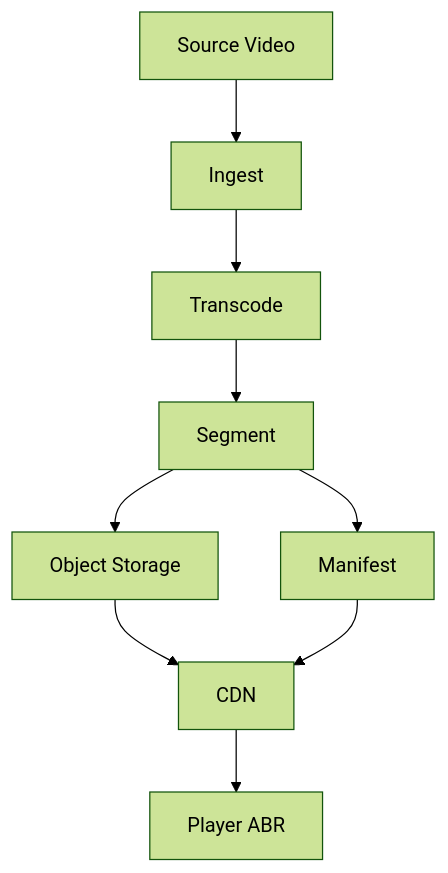
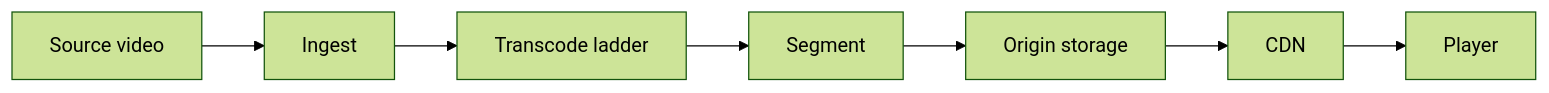
Before and after one commit to mthaiseer/springcloud-systemdesign-notes: the eighth of 16 diagrams in HLD_NOTES/002_TYPES_OF_INTERVIEWS/000_All_types_quick_reference.md, drawn with Mermaid (forest theme). The commit also changed other lines of this file and 1 other file, not shown here.

````diff
--- a/HLD_NOTES/002_TYPES_OF_INTERVIEWS/000_All_types_quick_reference.md
+++ b/HLD_NOTES/002_TYPES_OF_INTERVIEWS/000_All_types_quick_reference.md
@@ -568,11 +1013,16 @@
 ```mermaid
-flowchart TD
-  A[Source Video] --> B[Ingest]
-  B --> C[Transcode]
-  C --> D[Segment]
-  D --> E[Manifest]
-  D --> F[Object Storage]
-  F --> G[CDN]
-  E --> G
-  G --> H[Player ABR]
+flowchart LR
+  A[Source video]
+  B[Ingest]
+  C[Transcode ladder]
+  D[Segment]
+  E[Origin storage]
+  F[CDN]
+  G[Player]
+  A --> B
+  B --> C
+  C --> D
+  D --> E
+  E --> F
+  F --> G
 ```
````
